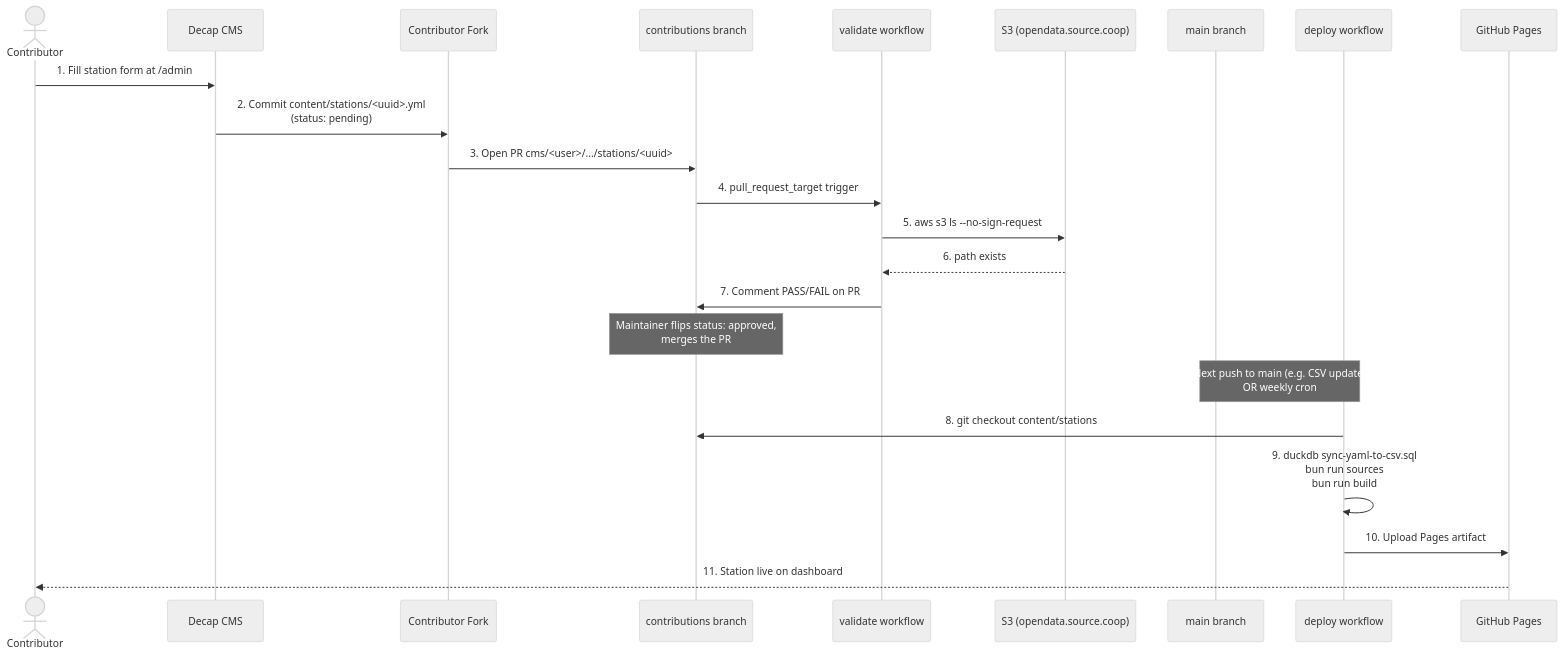
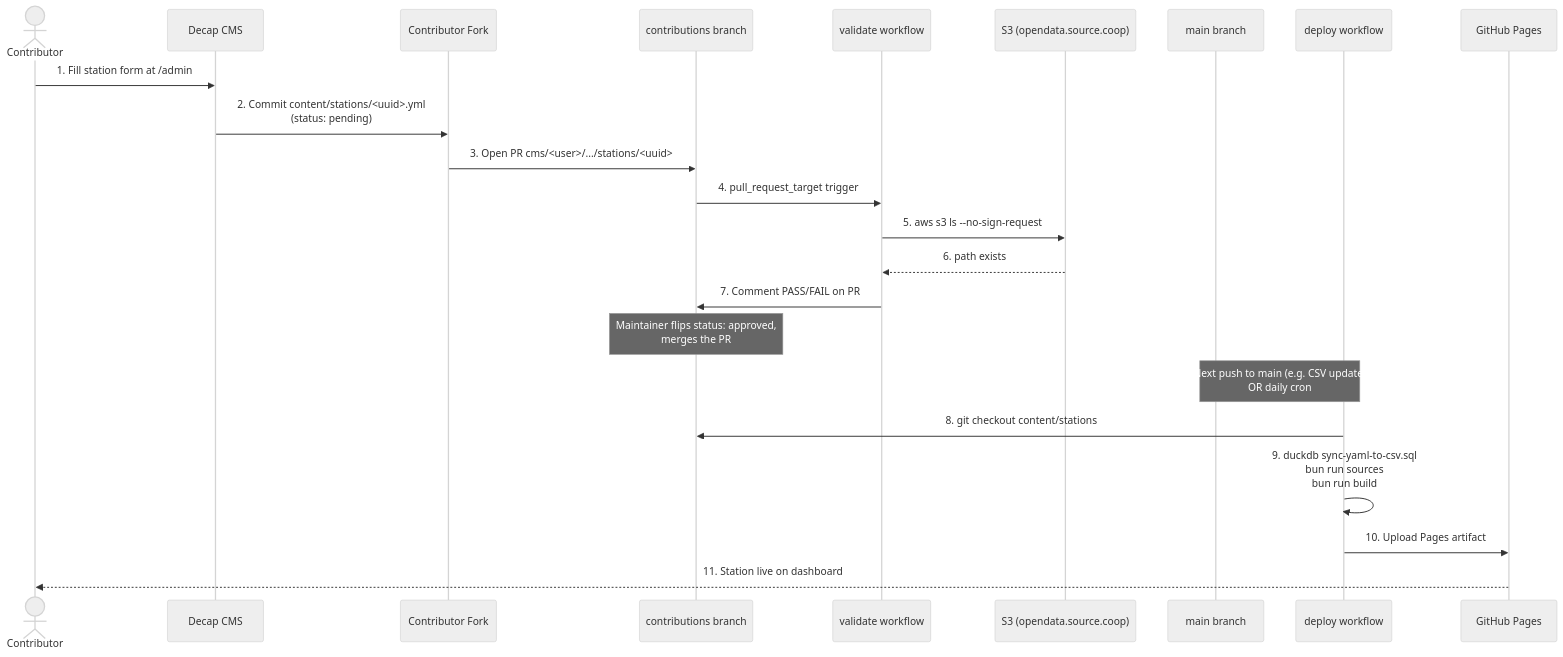
The second of 3 diagrams in CONTRIBUTING.md (walkthru-earth/opensensor-space), drawn with Mermaid (neutral theme) before and after one commit. The commit also changed other lines of this file and 2 other files, not shown here.

Commit message:
ci: switch deploy cron from weekly to daily
The build-time aggregate in sources/stations/all_stations.sql bakes the
latest S3 telemetry into the site at build time. A weekly cron meant the
dashboard could be up to 7 days stale for stations that didn't push a
CSV update during the week; daily refresh keeps historical charts within
24 hours of real without making builds substantially more expensive.

Updates the prose in CLAUDE.md, CONTRIBUTING.md, and the schedule
comment in deploy.yml to match.

````diff
--- a/CONTRIBUTING.md
+++ b/CONTRIBUTING.md
@@ -28,26 +28,26 @@
 ```mermaid
 sequenceDiagram
   actor C as Contributor
   participant CMS as Decap CMS
   participant Fork as Contributor Fork
   participant CB as contributions branch
   participant VW as validate workflow
   participant S3 as S3 (opendata.source.coop)
   participant M as main branch
   participant DW as deploy workflow
   participant GP as GitHub Pages
 
   C->>CMS: 1. Fill station form at /admin
   CMS->>Fork: 2. Commit content/stations/<uuid>.yml<br/>(status: pending)
   Fork->>CB: 3. Open PR cms/<user>/.../stations/<uuid>
   CB->>VW: 4. pull_request_target trigger
   VW->>S3: 5. aws s3 ls --no-sign-request
   S3-->>VW: 6. path exists
   VW->>CB: 7. Comment PASS/FAIL on PR
   Note over CB: Maintainer flips status: approved,<br/>merges the PR
-  Note over M,DW: Next push to main (e.g. CSV update)<br/>OR weekly cron
+  Note over M,DW: Next push to main (e.g. CSV update)<br/>OR daily cron
   DW->>CB: 8. git checkout content/stations
   DW->>DW: 9. duckdb sync-yaml-to-csv.sql<br/>bun run sources<br/>bun run build
   DW->>GP: 10. Upload Pages artifact
   GP-->>C: 11. Station live on dashboard
 ```
````
